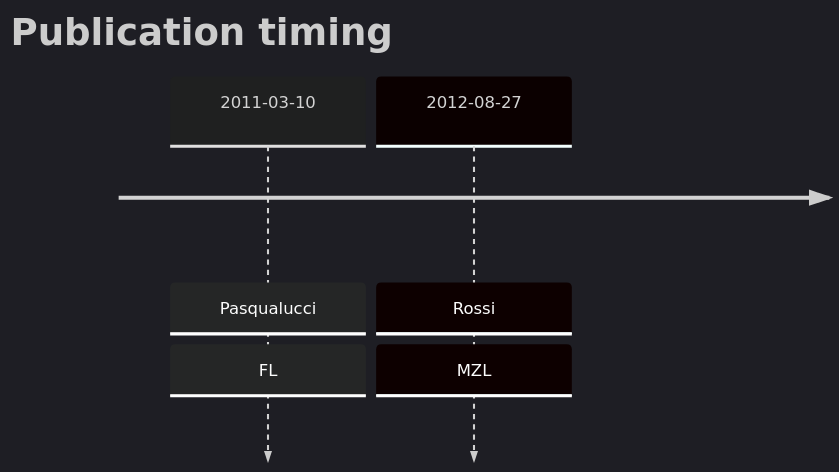
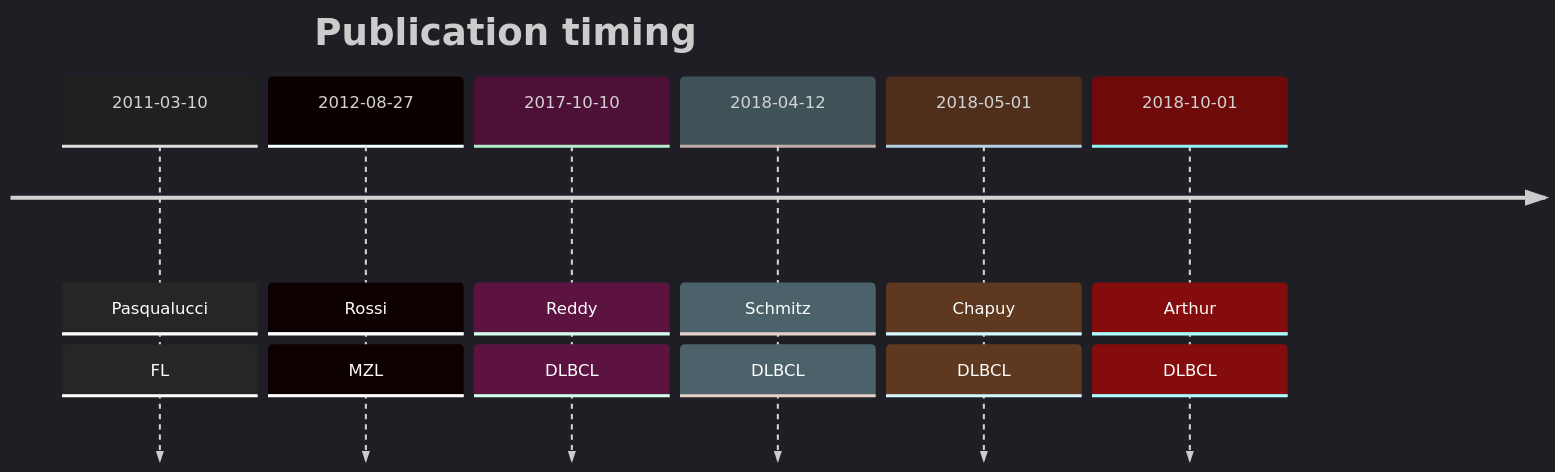
One commit to morinlab/lymphopedia changed the diagram in EP300.md. Above: the diagram before and after it, drawn with Mermaid.

````diff
--- a/EP300.md
+++ b/EP300.md
@@ -17,7 +17,11 @@
 ```mermaid
 %%{init: { 'logLevel': 'debug', 'theme': 'dark' } }%%
 timeline
     title Publication timing
       2011-03-10 : Pasqualucci : FL
-      2012-08-27 : Rossi : MZL
+2012-08-27 : Rossi : MZL
+2017-10-10 : Reddy : DLBCL
+2018-04-12 : Schmitz : DLBCL
+2018-05-01 : Chapuy : DLBCL
+2018-10-01 : Arthur : DLBCL
 ```
````
